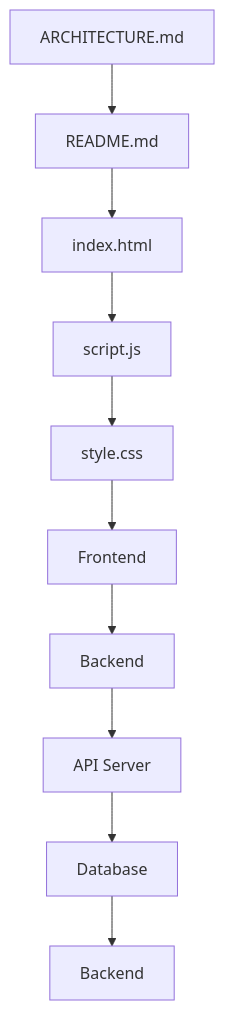
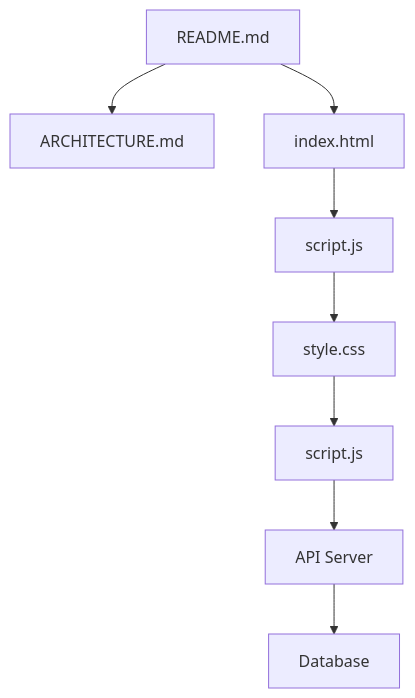
One commit to nirzaraghure/qr-code-generator changed the diagram in ARCHITECTURE.md. Above: the diagram before and after it, drawn with Mermaid.

Commit message:
🤖 GitGenius: AI-generated code fix

````diff
--- a/ARCHITECTURE.md
+++ b/ARCHITECTURE.md
@@ -3,12 +3,10 @@
 ```mermaid
 graph TD
-    A[ARCHITECTURE.md] --> B[README.md]
-    B --> C[index.html]
+    A[README.md] --> B[ARCHITECTURE.md]
+    A --> C[index.html]
     C --> D[script.js]
     D --> E[style.css]
-    E --> F[Frontend]
-    F --> G[Backend]
-    G --> H[API Server]
-    H --> I[Database]
-    I --> J[Backend]
+    E --> F[script.js]
+    F --> G[API Server]
+    G --> H[Database]
 ```
````
